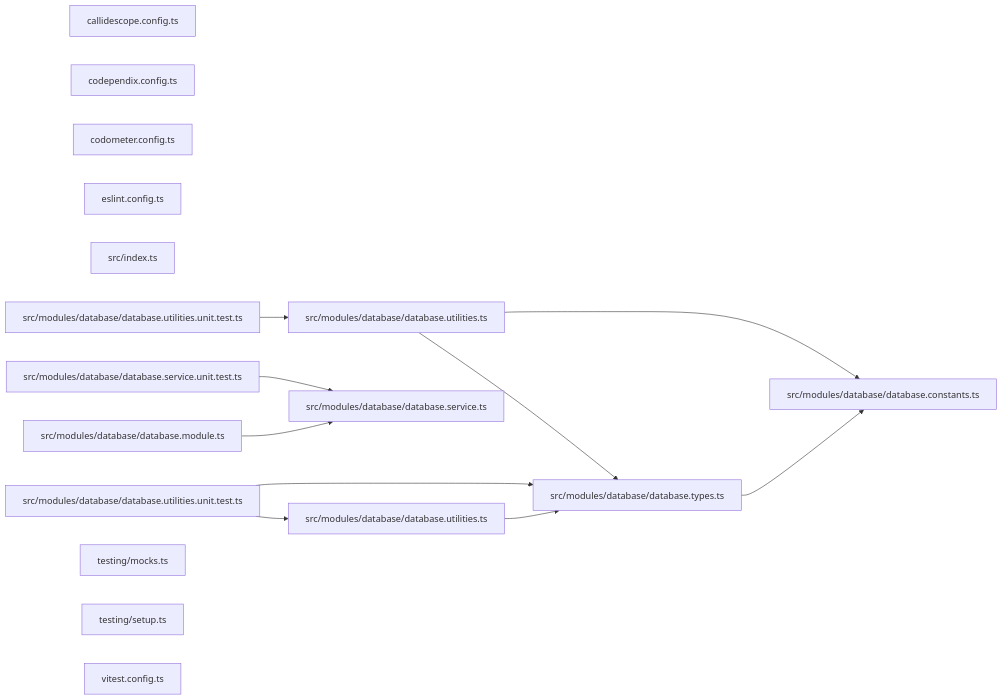
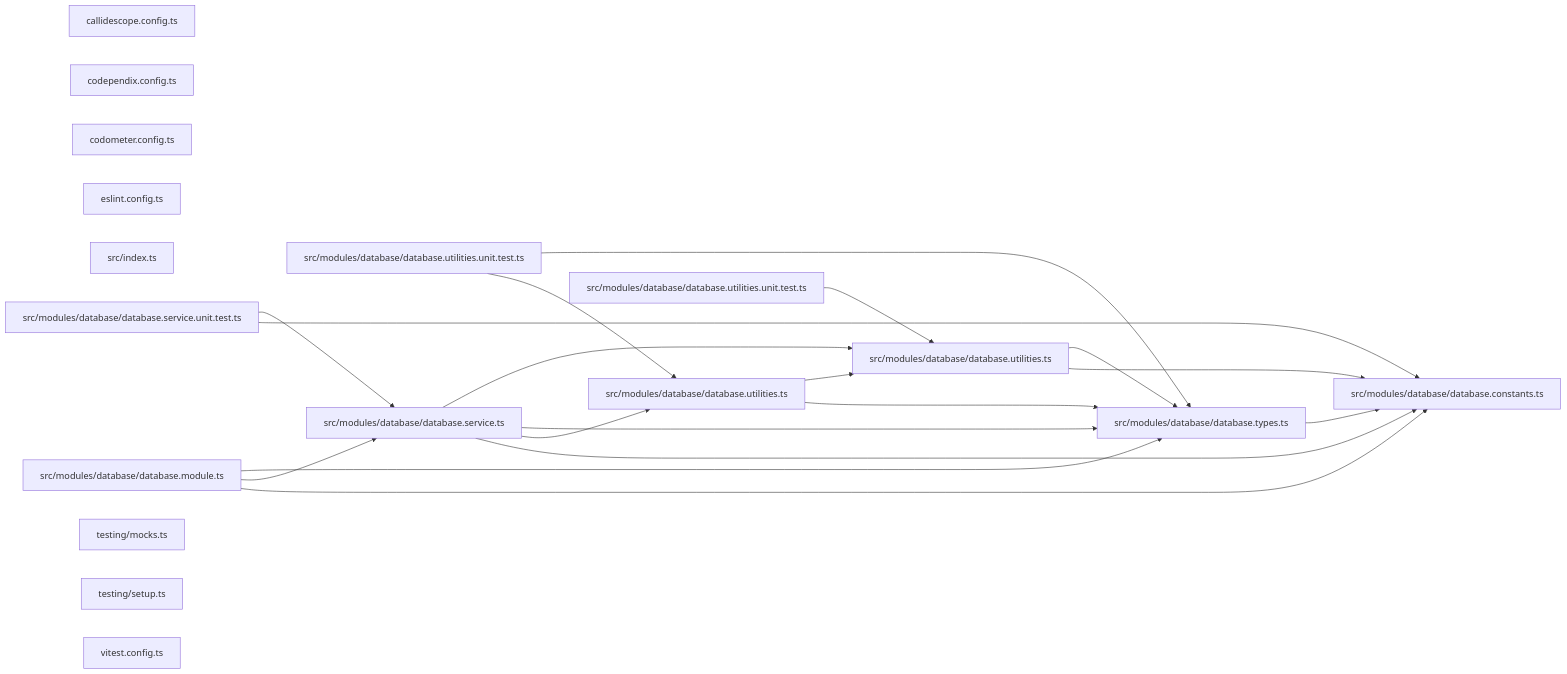
Before and after one commit to Organizzolini/codebase: the second of 2 diagrams in packages/database/README.md, drawn with Mermaid. The commit also changed other lines of this file and 12 other files, not shown here.

Commit message:
feat(database): ✨ add the database module and the cli data source factory

````diff
--- a/packages/database/README.md
+++ b/packages/database/README.md
@@ -127,29 +124,37 @@
 ```mermaid
 graph LR
   file_callidescope_config_ts["callidescope.config.ts"]
   file_codependix_config_ts["codependix.config.ts"]
   file_codometer_config_ts["codometer.config.ts"]
   file_eslint_config_ts["eslint.config.ts"]
   file_src_index_ts["src/index.ts"]
   file_src_modules_database_database_constants_ts["src/modules/database/database.constants.ts"]
   file_src_modules_database_database_factories_ts["src/modules/database/database.utilities.ts"]
   file_src_modules_database_database_factories_unit_test_ts["src/modules/database/database.utilities.unit.test.ts"]
   file_src_modules_database_database_module_ts["src/modules/database/database.module.ts"]
   file_src_modules_database_database_service_ts["src/modules/database/database.service.ts"]
   file_src_modules_database_database_service_unit_test_ts["src/modules/database/database.service.unit.test.ts"]
   file_src_modules_database_database_types_ts["src/modules/database/database.types.ts"]
   file_src_modules_database_database_utilities_ts["src/modules/database/database.utilities.ts"]
   file_src_modules_database_database_utilities_unit_test_ts["src/modules/database/database.utilities.unit.test.ts"]
   file_testing_mocks_ts["testing/mocks.ts"]
   file_testing_setup_ts["testing/setup.ts"]
   file_vitest_config_ts["vitest.config.ts"]
   file_src_modules_database_database_factories_ts --> file_src_modules_database_database_types_ts
+  file_src_modules_database_database_factories_ts --> file_src_modules_database_database_utilities_ts
   file_src_modules_database_database_factories_unit_test_ts --> file_src_modules_database_database_factories_ts
   file_src_modules_database_database_factories_unit_test_ts --> file_src_modules_database_database_types_ts
+  file_src_modules_database_database_module_ts --> file_src_modules_database_database_constants_ts
   file_src_modules_database_database_module_ts --> file_src_modules_database_database_service_ts
+  file_src_modules_database_database_module_ts --> file_src_modules_database_database_types_ts
+  file_src_modules_database_database_service_ts --> file_src_modules_database_database_constants_ts
+  file_src_modules_database_database_service_ts --> file_src_modules_database_database_factories_ts
+  file_src_modules_database_database_service_ts --> file_src_modules_database_database_types_ts
+  file_src_modules_database_database_service_ts --> file_src_modules_database_database_utilities_ts
+  file_src_modules_database_database_service_unit_test_ts --> file_src_modules_database_database_constants_ts
   file_src_modules_database_database_service_unit_test_ts --> file_src_modules_database_database_service_ts
   file_src_modules_database_database_types_ts --> file_src_modules_database_database_constants_ts
   file_src_modules_database_database_utilities_ts --> file_src_modules_database_database_constants_ts
   file_src_modules_database_database_utilities_ts --> file_src_modules_database_database_types_ts
   file_src_modules_database_database_utilities_unit_test_ts --> file_src_modules_database_database_utilities_ts
 ```
````
